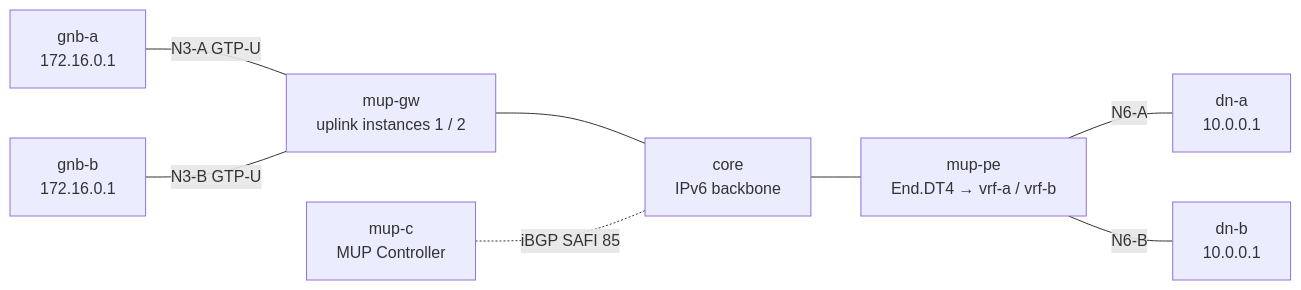
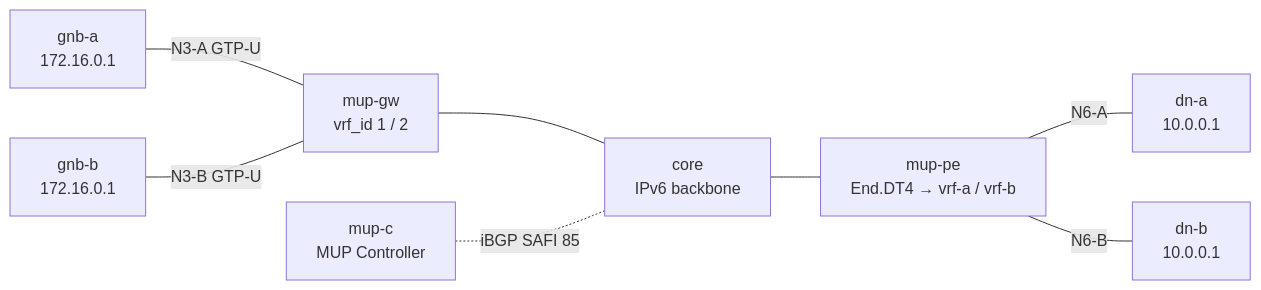
One commit to takehaya/Vinbero changed the diagram in examples/interop-clab/scenarios/mup-2site-multivrf/README.md. Above: the diagram before and after it, drawn with Mermaid. The commit also changed other lines of this file and 48 other files, not shown here.

````diff
--- a/examples/interop-clab/scenarios/mup-2site-multivrf/README.md
+++ b/examples/interop-clab/scenarios/mup-2site-multivrf/README.md
@@ -14,19 +14,19 @@
 ```mermaid
 graph LR
     GNBA["gnb-a<br/>172.16.0.1"]
     GNBB["gnb-b<br/>172.16.0.1"]
-    GW["mup-gw<br/>uplink instances 1 / 2"]
+    GW["mup-gw<br/>vrf_id 1 / 2"]
     CORE["core<br/>IPv6 backbone"]
     PE["mup-pe<br/>End.DT4 → vrf-a / vrf-b"]
     DNA["dn-a<br/>10.0.0.1"]
     DNB["dn-b<br/>10.0.0.1"]
     MC["mup-c<br/>MUP Controller"]
 
     GNBA ---|"N3-A GTP-U"| GW
     GNBB ---|"N3-B GTP-U"| GW
     GW --- CORE
     CORE --- PE
     PE ---|N6-A| DNA
     PE ---|N6-B| DNB
     MC -.iBGP SAFI 85.- CORE
 ```
````
